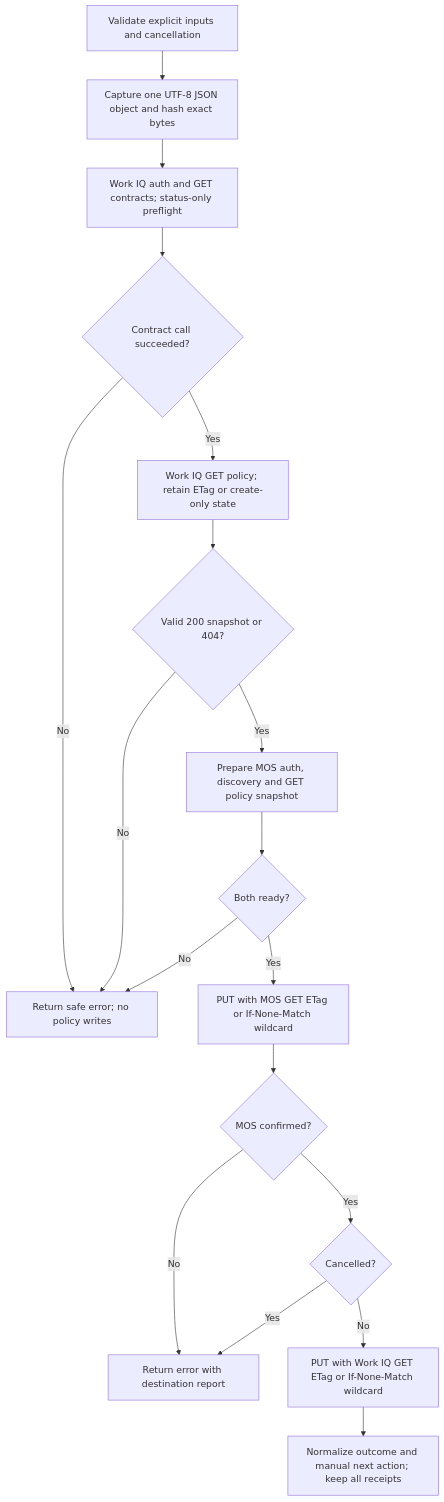
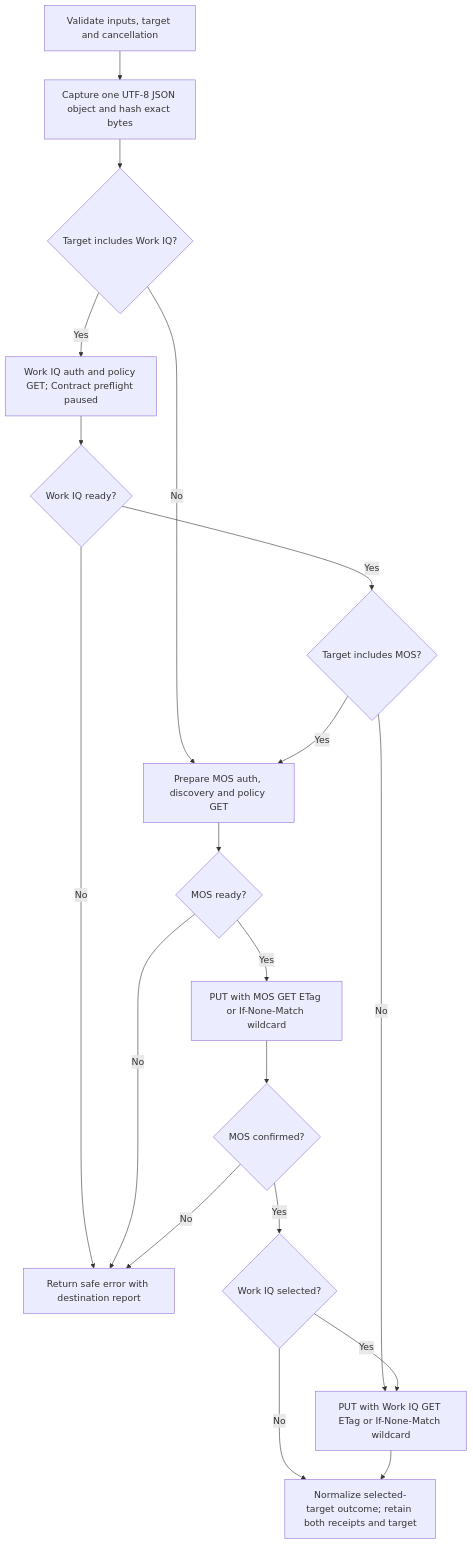
The diagram in docs/03-specs/operations/lifecycle/workiq-publish-policy.md (OfficeDev/microsoft-365-agents-toolkit), drawn with Mermaid before and after one commit. The commit also changed other lines of this file and 17 other files, not shown here.

First line of the commit message:
feat(fx-core): add policy publication target controls

````diff
--- a/docs/03-specs/operations/lifecycle/workiq-publish-policy.md
+++ b/docs/03-specs/operations/lifecycle/workiq-publish-policy.md
@@ -216,20 +262,21 @@
 ```mermaid
 flowchart TD
-  Input[Validate explicit inputs and cancellation] --> Capture[Capture one UTF-8 JSON object and hash exact bytes]
-  Capture --> Contract[Work IQ auth and GET contracts; status-only preflight]
-  Contract --> ContractReady{Contract call succeeded?}
-  ContractReady -->|No| PreflightFailure[Return safe error; no policy writes]
-  ContractReady -->|Yes| WIQRead[Work IQ GET policy; retain ETag or create-only state]
-  WIQRead --> WIQReady{Valid 200 snapshot or 404?}
-  WIQReady -->|No| PreflightFailure
-  WIQReady -->|Yes| Preflight[Prepare MOS auth, discovery and GET policy snapshot]
-  Preflight --> Ready{Both ready?}
-  Ready -->|No| PreflightFailure
+  Input[Validate inputs, target and cancellation] --> Capture[Capture one UTF-8 JSON object and hash exact bytes]
+  Capture --> SelectWIQ{Target includes Work IQ?}
+  SelectWIQ -->|Yes| WIQPrepare[Work IQ auth and policy GET; Contract preflight paused]
+  WIQPrepare --> WIQReady{Work IQ ready?}
+  WIQReady -->|No| Failure[Return safe error with destination report]
+  WIQReady -->|Yes| SelectMOS{Target includes MOS?}
+  SelectWIQ -->|No| Preflight[Prepare MOS auth, discovery and policy GET]
+  SelectMOS -->|Yes| Preflight
+  SelectMOS -->|No| WIQ[PUT with Work IQ GET ETag or If-None-Match wildcard]
+  Preflight --> Ready{MOS ready?}
+  Ready -->|No| Failure
   Ready -->|Yes| MOS[PUT with MOS GET ETag or If-None-Match wildcard]
   MOS --> Confirmed{MOS confirmed?}
-  Confirmed -->|No| Failure[Return error with destination report]
-  Confirmed -->|Yes| Cancelled{Cancelled?}
-  Cancelled -->|Yes| Failure
-  Cancelled -->|No| WIQ[PUT with Work IQ GET ETag or If-None-Match wildcard]
-  WIQ --> Report[Normalize outcome and manual next action; keep all receipts]
+  Confirmed -->|No| Failure
+  Confirmed -->|Yes| Remaining{Work IQ selected?}
+  Remaining -->|Yes| WIQ
+  Remaining -->|No| Report[Normalize selected-target outcome; retain both receipts and target]
+  WIQ --> Report
 ```
````
